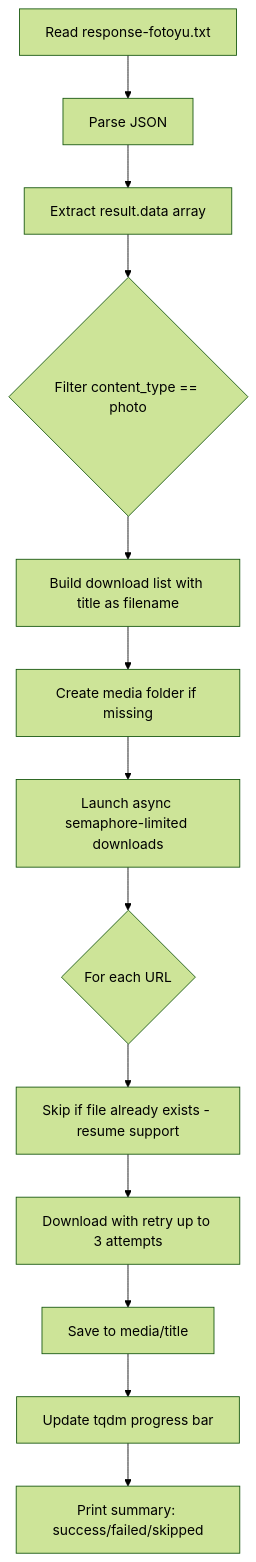
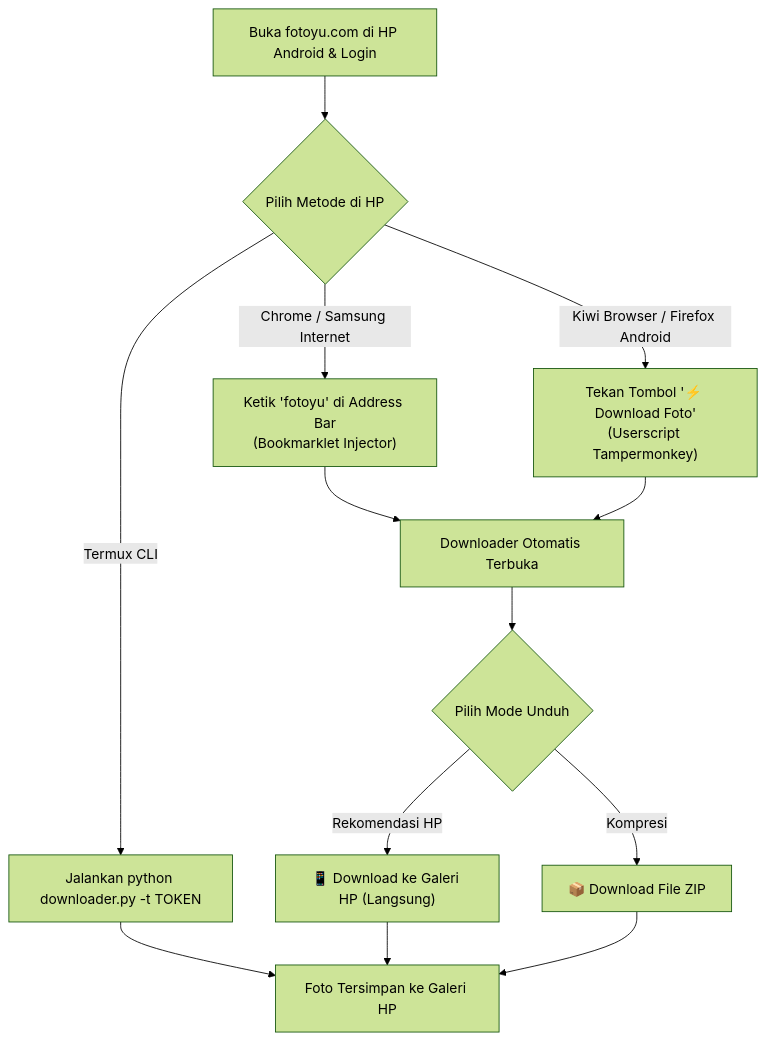
One commit to sayahafidz/fotoyu-downloader changed the diagram in README.md. Above: the diagram before and after it, drawn with Mermaid (forest theme). The commit also changed other lines of this file and 42 other files, not shown here.

````diff
--- a/README.md
+++ b/README.md
@@ -481,15 +19,15 @@
 ```mermaid
 flowchart TD
-    A[Read response-fotoyu.txt] --> B[Parse JSON]
-    B --> C[Extract result.data array]
-    C --> D{Filter content_type == photo}
-    D --> E[Build download list with title as filename]
-    E --> F[Create media folder if missing]
-    F --> G[Launch async semaphore-limited downloads]
-    G --> H{For each URL}
-    H --> I[Skip if file already exists - resume support]
-    I --> J[Download with retry up to 3 attempts]
-    J --> K[Save to media/title]
-    K --> L[Update tqdm progress bar]
-    L --> M[Print summary: success/failed/skipped]
+    A[Buka fotoyu.com di HP Android & Login] --> B{Pilih Metode di HP}
+    B -->|Chrome / Samsung Internet| C["Ketik 'fotoyu' di Address Bar<br/>(Bookmarklet Injector)"]
+    B -->|Kiwi Browser / Firefox Android| D["Tekan Tombol '⚡ Download Foto'<br/>(Userscript Tampermonkey)"]
+    B -->|Termux CLI| E["Jalankan python downloader.py -t TOKEN"]
+    C --> F[Downloader Otomatis Terbuka]
+    D --> F
+    E --> G[Foto Tersimpan ke Galeri HP]
+    F --> H{Pilih Mode Unduh}
+    H -->|Rekomendasi HP| I["📱 Download ke Galeri HP (Langsung)"]
+    H -->|Kompresi| J["📦 Download File ZIP"]
+    I --> G
+    J --> G
 ```
````
